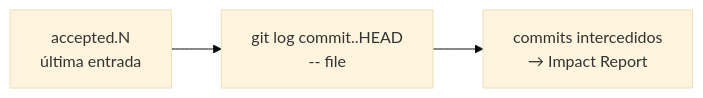
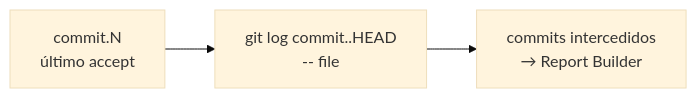
Before and after one commit to anibalanto/accreta: the second of 3 diagrams in subsystems/impact/architecture.md, drawn with Mermaid (base theme). The commit also changed other lines of this file and 3 other files, not shown here.

````diff
--- a/subsystems/impact/architecture.md
+++ b/subsystems/impact/architecture.md
@@ -34,5 +48,5 @@
 ```mermaid
 flowchart LR
-    A[accepted.N\núltima entrada] --> C[git log commit..HEAD\n-- file]
-    C --> R[commits intercedidos\n→ Impact Report]
+    A[commit.N\núltimo accept] --> C[git log commit..HEAD\n-- file]
+    C --> R[commits intercedidos\n→ Report Builder]
 ```
````
